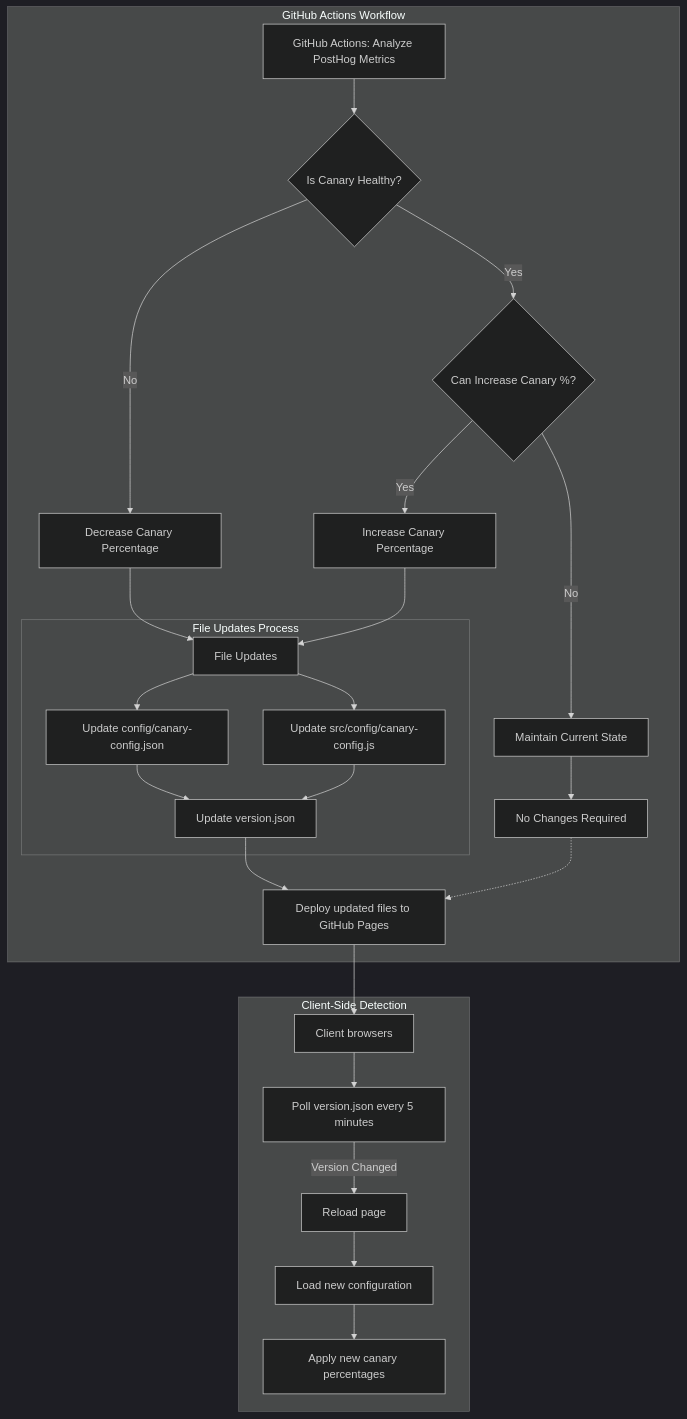
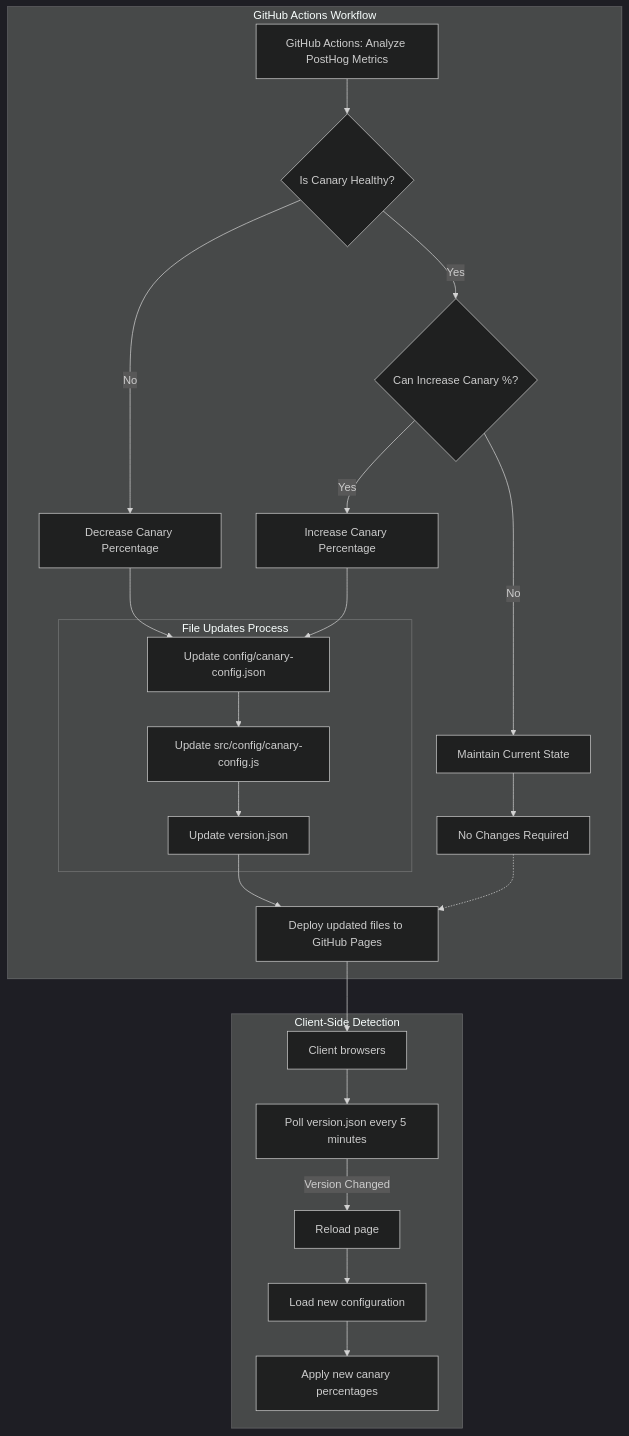
One commit to lloydchang/client-side-canary-deployment changed the second of 3 diagrams in README.md. Above: the diagram before and after it, drawn with Mermaid (dark theme).

````diff
--- a/README.md
+++ b/README.md
@@ -35,34 +35,33 @@
 ```mermaid
 graph TD
     subgraph "GitHub Actions Workflow"
         L[GitHub Actions: Analyze PostHog Metrics]
         L --> M{Is Canary Healthy?}
         M -->|No| N[Decrease Canary Percentage]
         M -->|Yes| O{Can Increase Canary %?}
         O -->|Yes| P[Increase Canary Percentage]
         O -->|No| Q[Maintain Current State]
         
-        N --> F[File Updates]
-        P --> F
+        N --> F1
+        P --> F1
         Q --> Q1[No Changes Required]
         
         subgraph "File Updates Process"
-            F --> F1[Update config/canary-config.json]
-            F --> F2[Update src/config/canary-config.js]
-            F1 --> V[Update version.json]
-            F2 --> V
+            F1[Update config/canary-config.json]
+            F1 --> F2[Update src/config/canary-config.js]
+            F2 --> V[Update version.json]
         end
         
         V --> G[Deploy updated files to GitHub Pages]
     end
 
     subgraph "Client-Side Detection"
         G --> CL[Client browsers]
         CL --> CL1[Poll version.json every 5 minutes]
         CL1 -->|Version Changed| CL2[Reload page]
         CL2 --> CL3[Load new configuration]
         CL3 --> CL4[Apply new canary percentages]
     end
     
     Q1 -.-> G
 ```
````
